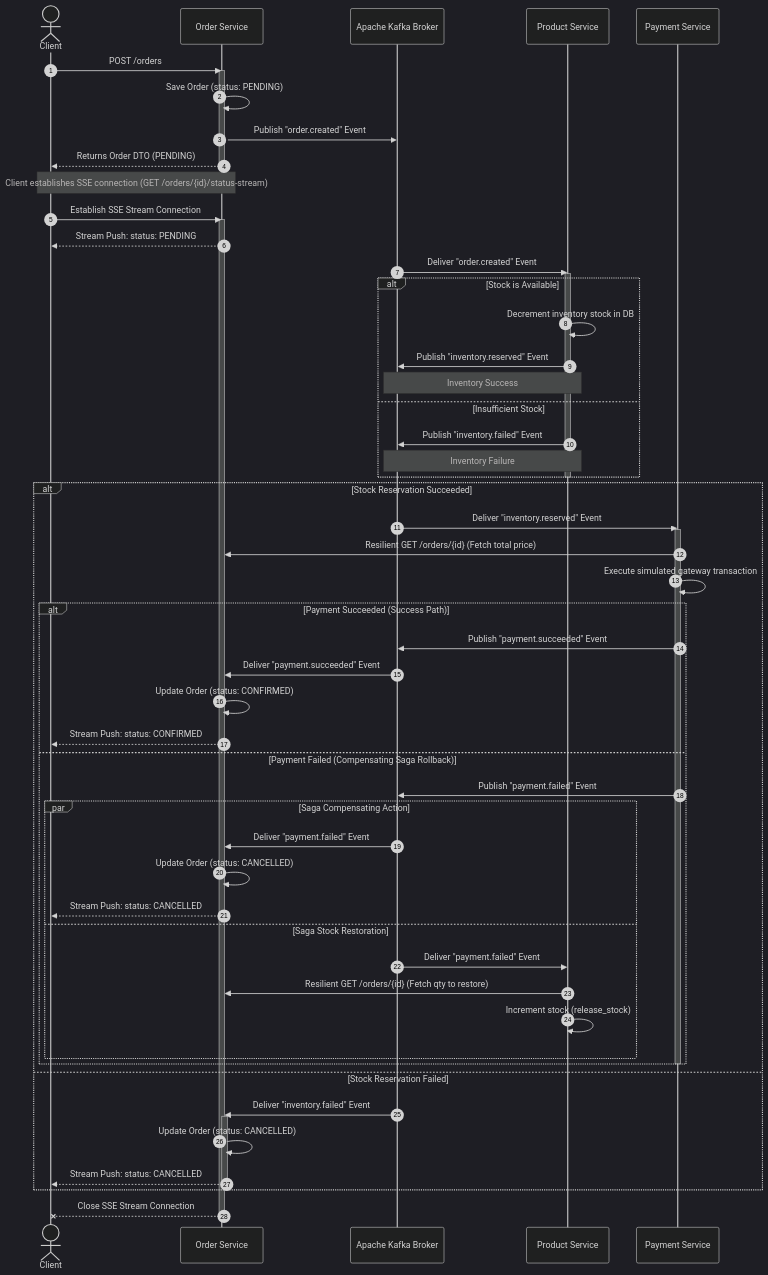
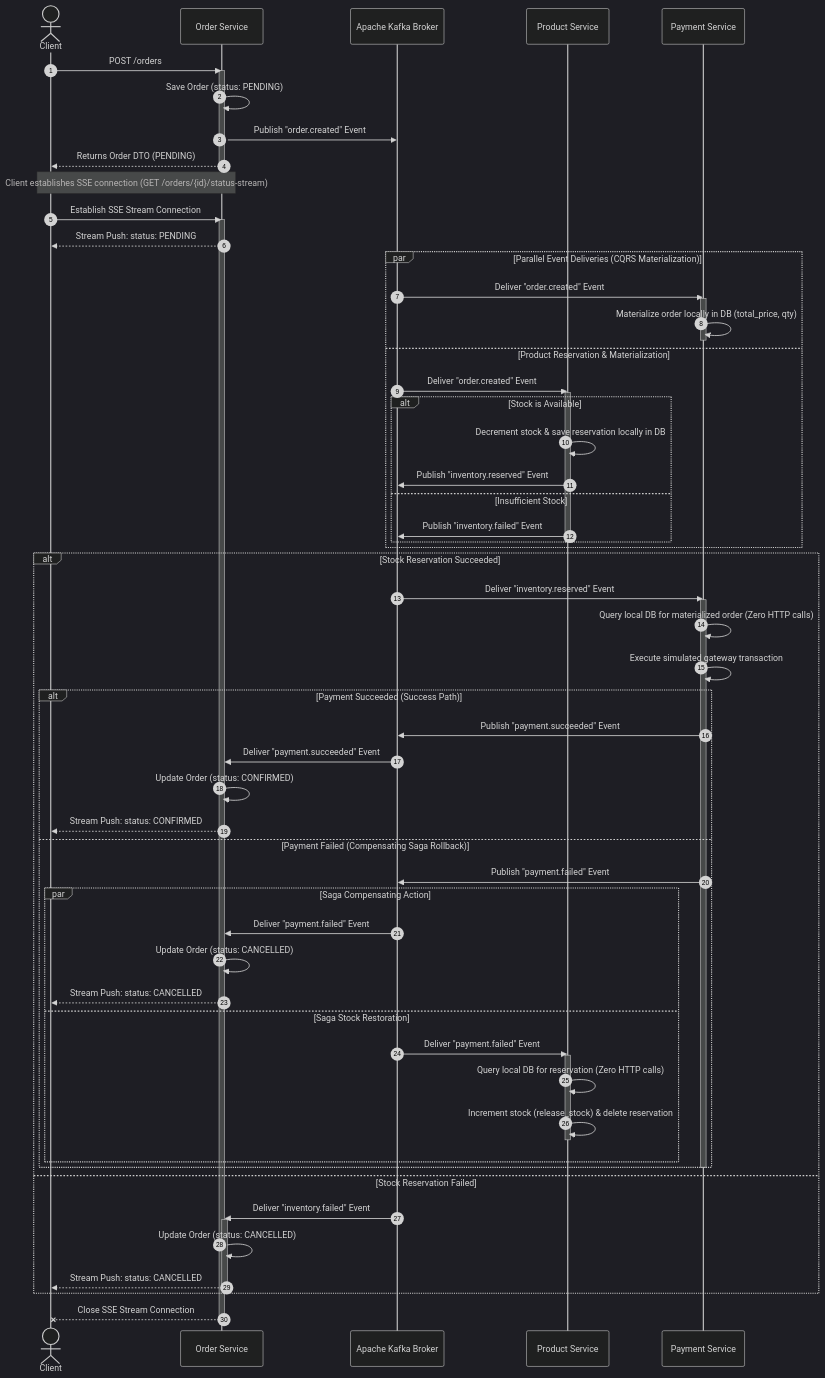
The second of 2 diagrams in README.md (ahmadabd/system_design), drawn with Mermaid (dark theme) before and after one commit. The commit also changed other lines of this file and 8 other files, not shown here.

Commit message:
Add Materialized state for order in payment and product services

````diff
--- a/README.md
+++ b/README.md
@@ -158,67 +163,74 @@
 ```mermaid
 sequenceDiagram
     autonumber
     actor Client
     participant OrderService as Order Service
     participant Kafka as Apache Kafka Broker
     participant ProductService as Product Service
     participant PaymentService as Payment Service
 
     Client->>OrderService: POST /orders
     activate OrderService
     OrderService->>OrderService: Save Order (status: PENDING)
     OrderService->>Kafka: Publish "order.created" Event
     OrderService-->>Client: Returns Order DTO (PENDING)
     deactivate OrderService
 
     Note over Client, OrderService: Client establishes SSE connection (GET /orders/{id}/status-stream)
     Client->>OrderService: Establish SSE Stream Connection
     activate OrderService
     OrderService-->>Client: Stream Push: status: PENDING
 
-    Kafka->>ProductService: Deliver "order.created" Event
-    activate ProductService
-    alt Stock is Available
-        ProductService->>ProductService: Decrement inventory stock in DB
-        ProductService->>Kafka: Publish "inventory.reserved" Event
-        Note over ProductService, Kafka: Inventory Success
-    else Insufficient Stock
-        ProductService->>Kafka: Publish "inventory.failed" Event
-        Note over ProductService, Kafka: Inventory Failure
+    par Parallel Event Deliveries (CQRS Materialization)
+        Kafka->>PaymentService: Deliver "order.created" Event
+        activate PaymentService
+        PaymentService->>PaymentService: Materialize order locally in DB (total_price, qty)
+        deactivate PaymentService
+    and Product Reservation & Materialization
+        Kafka->>ProductService: Deliver "order.created" Event
+        activate ProductService
+        alt Stock is Available
+            ProductService->>ProductService: Decrement stock & save reservation locally in DB
+            ProductService->>Kafka: Publish "inventory.reserved" Event
+        else Insufficient Stock
+            ProductService->>Kafka: Publish "inventory.failed" Event
+        end
+        deactivate ProductService
     end
-    deactivate ProductService
 
     alt Stock Reservation Succeeded
         Kafka->>PaymentService: Deliver "inventory.reserved" Event
         activate PaymentService
-        PaymentService->>OrderService: Resilient GET /orders/{id} (Fetch total price)
+        PaymentService->>PaymentService: Query local DB for materialized order (Zero HTTP calls)
         PaymentService->>PaymentService: Execute simulated gateway transaction
         alt Payment Succeeded (Success Path)
             PaymentService->>Kafka: Publish "payment.succeeded" Event
             Kafka->>OrderService: Deliver "payment.succeeded" Event
             OrderService->>OrderService: Update Order (status: CONFIRMED)
             OrderService-->>Client: Stream Push: status: CONFIRMED
         else Payment Failed (Compensating Saga Rollback)
             PaymentService->>Kafka: Publish "payment.failed" Event
             par Saga Compensating Action
                 Kafka->>OrderService: Deliver "payment.failed" Event
                 OrderService->>OrderService: Update Order (status: CANCELLED)
                 OrderService-->>Client: Stream Push: status: CANCELLED
             and Saga Stock Restoration
                 Kafka->>ProductService: Deliver "payment.failed" Event
-                ProductService->>OrderService: Resilient GET /orders/{id} (Fetch qty to restore)
-                ProductService->>ProductService: Increment stock (release_stock)
+                activate ProductService
+                ProductService->>ProductService: Query local DB for reservation (Zero HTTP calls)
+                ProductService->>ProductService: Increment stock (release_stock) & delete reservation
+                deactivate ProductService
             end
         end
         deactivate PaymentService
     else Stock Reservation Failed
         Kafka->>OrderService: Deliver "inventory.failed" Event
         activate OrderService
         OrderService->>OrderService: Update Order (status: CANCELLED)
         OrderService-->>Client: Stream Push: status: CANCELLED
         deactivate OrderService
     end
     
     OrderService--xClient: Close SSE Stream Connection
     deactivate OrderService
 ```
````
